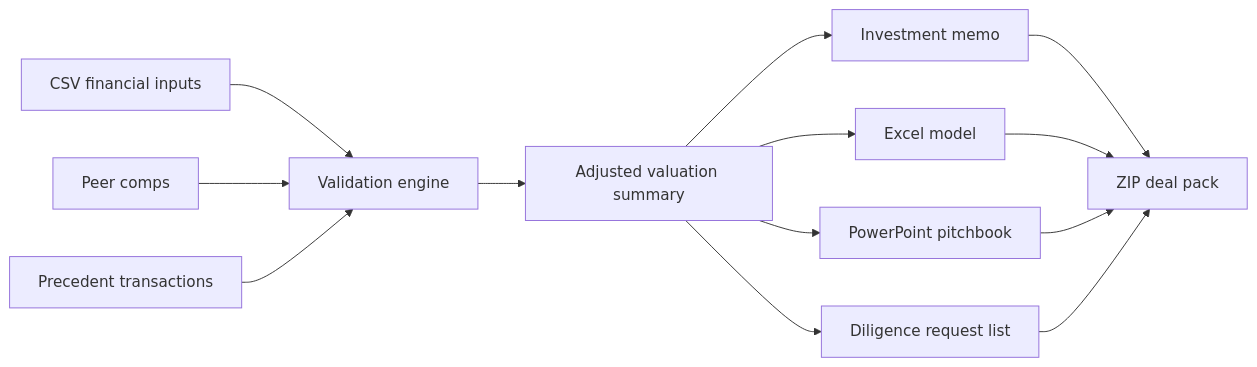
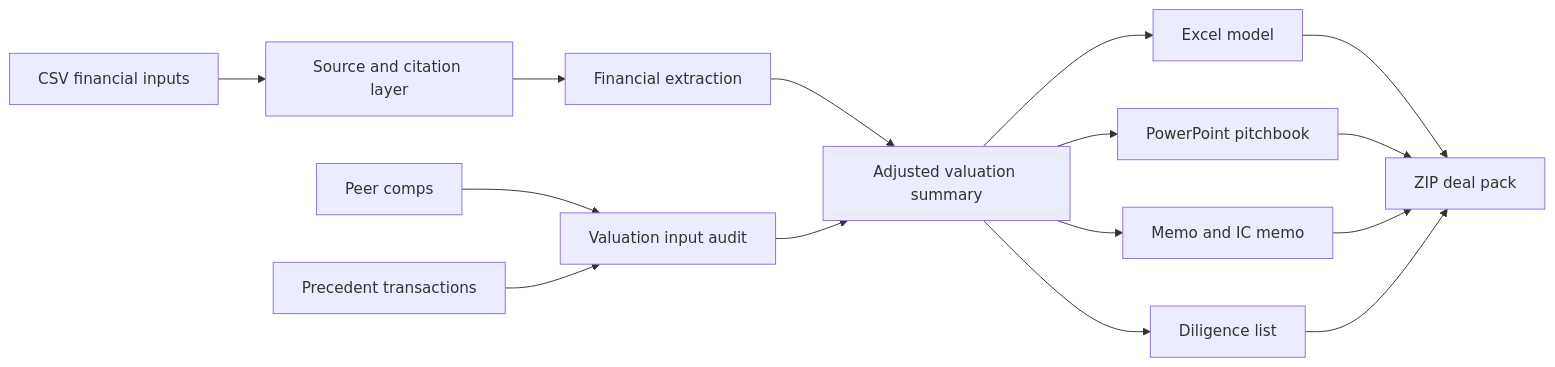
One commit to mohit231007/DealForge-AI-Investment-Banking-Analyst-Copilot changed the diagram in README.md. Above: the diagram before and after it, drawn with Mermaid. The commit also changed other lines of this file, not shown here.

Commit message:
Position public repo as portfolio-plus DealForge workbench

````diff
--- a/README.md
+++ b/README.md
@@ -74,15 +97,17 @@
 ```mermaid
 flowchart LR
-    A[CSV financial inputs] --> B[Validation engine]
-    C[Peer comps] --> B
-    D[Precedent transactions] --> B
-    B --> E[Adjusted valuation summary]
-    E --> F[Investment memo]
-    E --> G[Excel model]
-    E --> H[PowerPoint pitchbook]
-    E --> I[Diligence request list]
-    F --> J[ZIP deal pack]
-    G --> J
-    H --> J
-    I --> J
+    A[CSV financial inputs] --> B[Source and citation layer]
+    C[Peer comps] --> D[Valuation input audit]
+    E[Precedent transactions] --> D
+    B --> F[Financial extraction]
+    F --> G[Adjusted valuation summary]
+    D --> G
+    G --> H[Excel model]
+    G --> I[PowerPoint pitchbook]
+    G --> J[Memo and IC memo]
+    G --> K[Diligence list]
+    H --> L[ZIP deal pack]
+    I --> L
+    J --> L
+    K --> L
 ```
````
